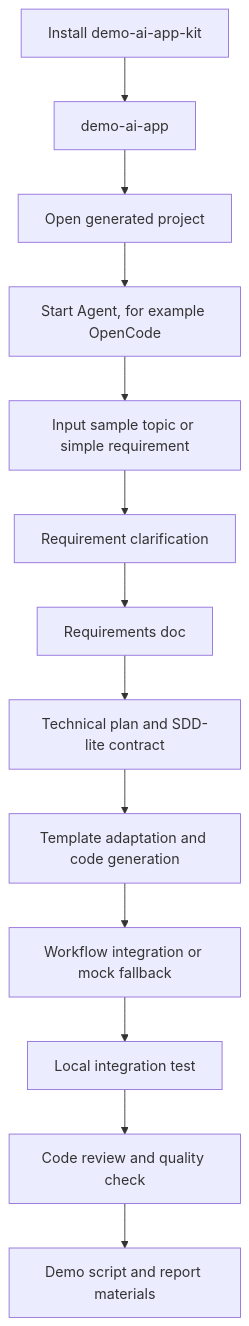
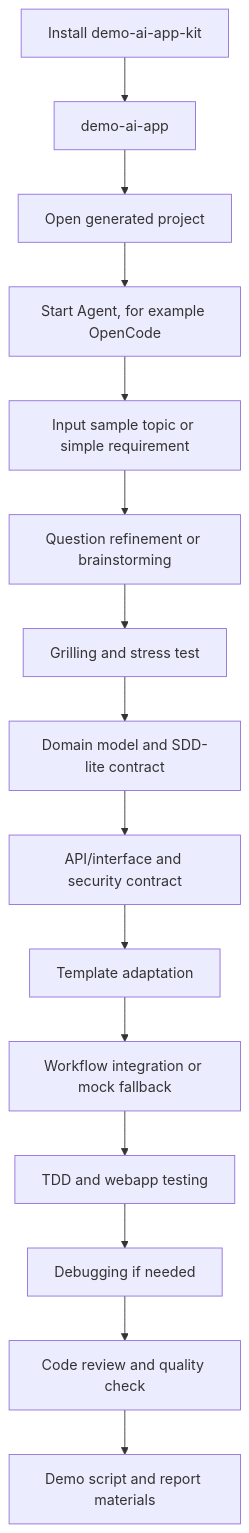
One commit to kanelogger/demo-ai-app-kit changed the diagram in docs/checklists/skill-pruning.md. Above: the diagram before and after it, drawn with Mermaid. The commit also changed other lines of this file and 9 other files, not shown here.

````diff
--- a/docs/checklists/skill-pruning.md
+++ b/docs/checklists/skill-pruning.md
@@ -20,15 +24,17 @@
 ```mermaid
 flowchart TD
   A["Install demo-ai-app-kit"] --> B["demo-ai-app <project-name>"]
   B --> C["Open generated project"]
   C --> D["Start Agent, for example OpenCode"]
   D --> E["Input sample topic or simple requirement"]
-  E --> F["Requirement clarification"]
-  F --> G["Requirements doc"]
-  G --> H["Technical plan and SDD-lite contract"]
-  H --> I["Template adaptation and code generation"]
-  I --> J["Workflow integration or mock fallback"]
-  J --> K["Local integration test"]
-  K --> L["Code review and quality check"]
-  L --> M["Demo script and report materials"]
+  E --> F["Question refinement or brainstorming"]
+  F --> G["Grilling and stress test"]
+  G --> H["Domain model and SDD-lite contract"]
+  H --> I["API/interface and security contract"]
+  I --> J["Template adaptation"]
+  J --> K["Workflow integration or mock fallback"]
+  K --> L["TDD and webapp testing"]
+  L --> M["Debugging if needed"]
+  M --> N["Code review and quality check"]
+  N --> O["Demo script and report materials"]
 ```
````
